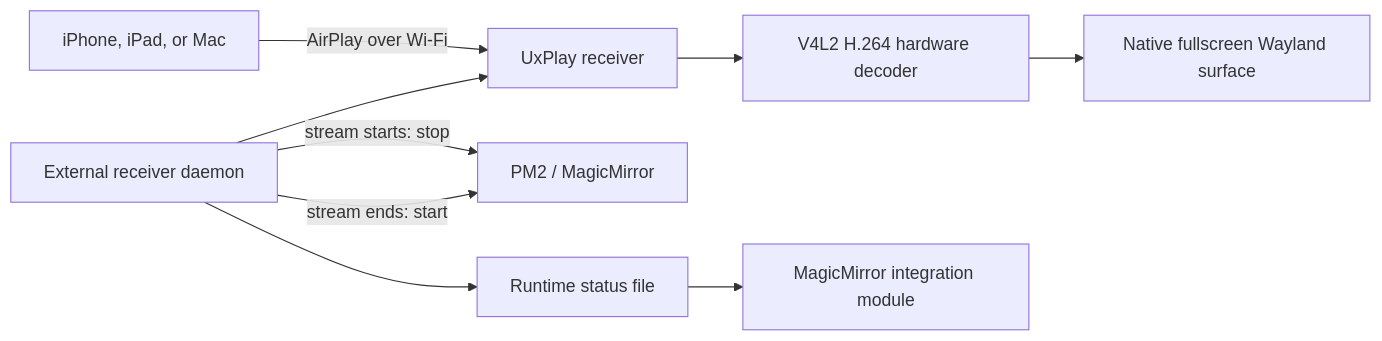
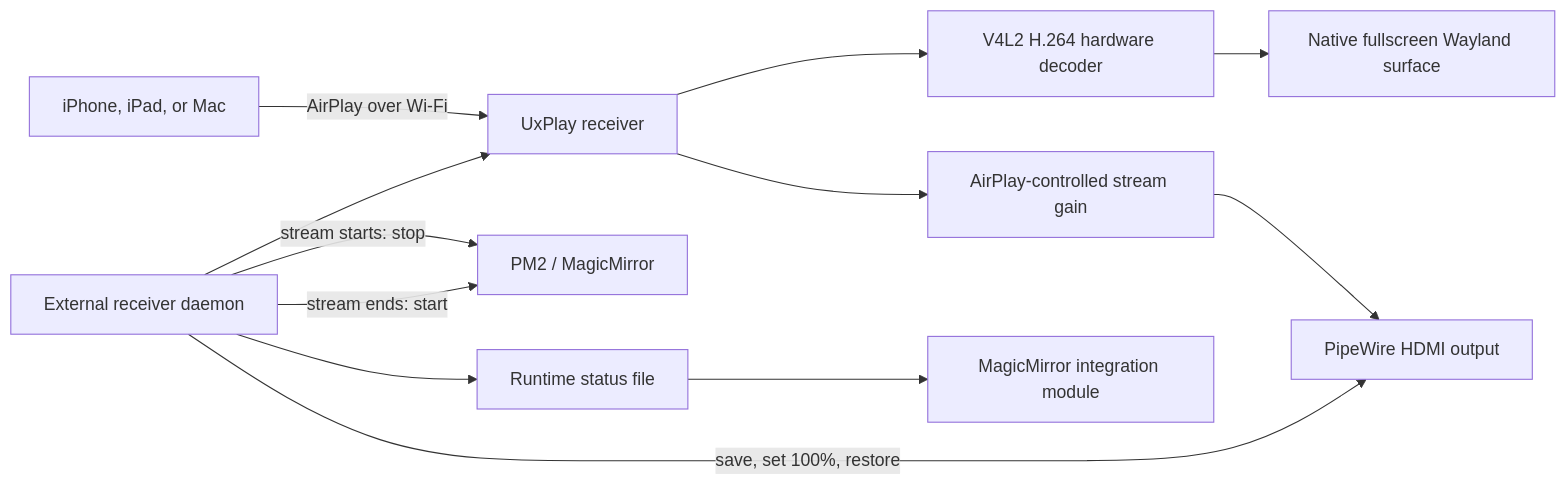
One commit to streicherlouw/MMM-Airplay-Receiver changed the diagram in README.md. Above: the diagram before and after it, drawn with Mermaid. The commit also changed other lines of this file and 7 other files, not shown here.

Commit message:
Add AirPlay-controlled volume handoff

````diff
--- a/README.md
+++ b/README.md
@@ -33,11 +33,14 @@
 ```mermaid
 flowchart LR
     Apple["iPhone, iPad, or Mac"] -->|"AirPlay over Wi-Fi"| UxPlay["UxPlay receiver"]
     UxPlay --> Decode["V4L2 H.264 hardware decoder"]
     Decode --> Wayland["Native fullscreen Wayland surface"]
+    UxPlay --> Gain["AirPlay-controlled stream gain"]
+    Gain --> PipeWire["PipeWire HDMI output"]
     Daemon["External receiver daemon"] --> UxPlay
     Daemon -->|"stream starts: stop"| PM2["PM2 / MagicMirror"]
     Daemon -->|"stream ends: start"| PM2
+    Daemon -->|"save, set 100%, restore"| PipeWire
     Daemon --> Status["Runtime status file"]
     Status --> Module["MagicMirror integration module"]
 ```
````
